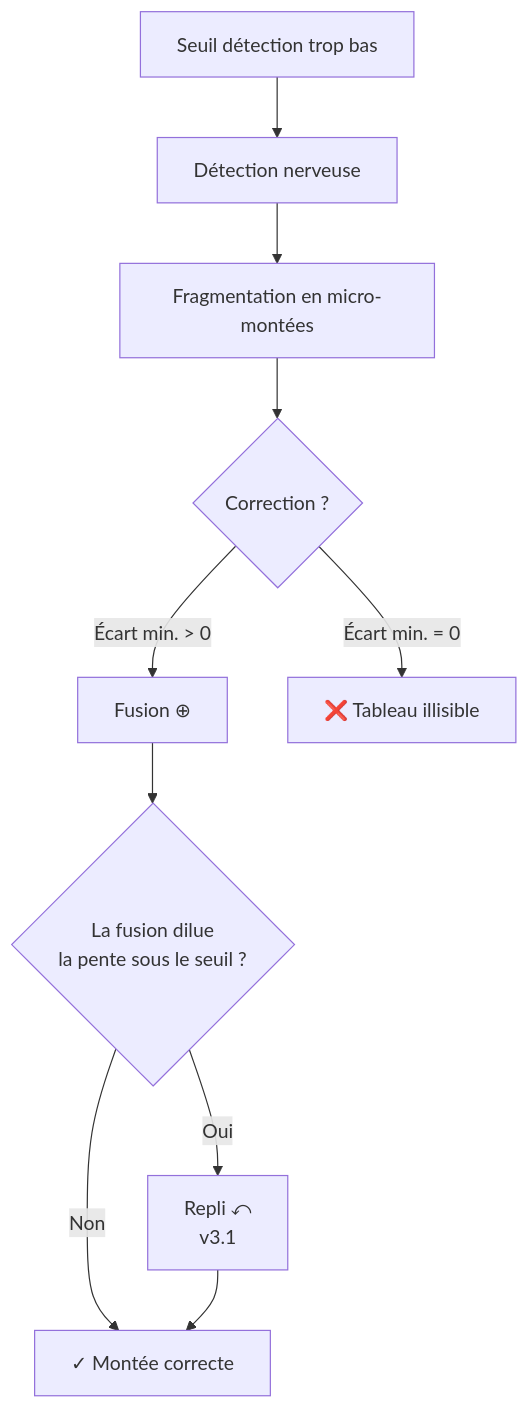
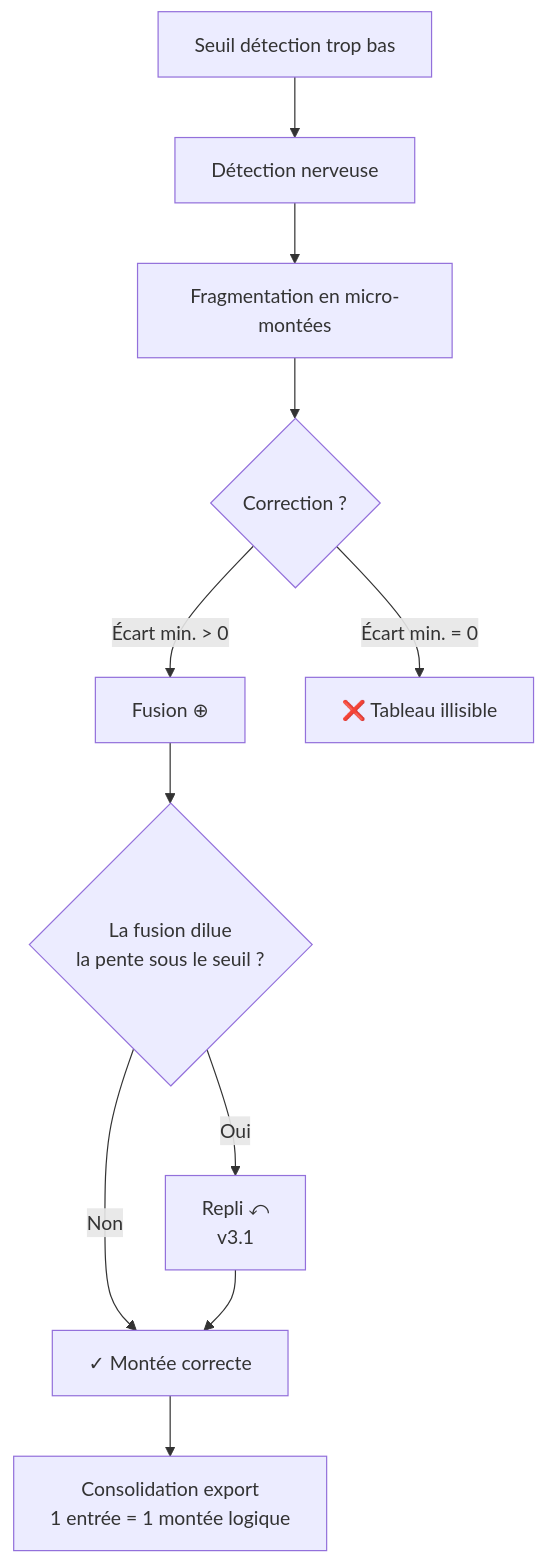
Before and after one commit to JMBaubet/VisuGPS2: diagram 13 of 16 in features/altimetrie/MUT.md, drawn with Mermaid. The commit also changed other lines of this file and 4 other files, not shown here.

````diff
--- a/features/altimetrie/MUT.md
+++ b/features/altimetrie/MUT.md
@@ -1309,12 +1280,13 @@
 ```mermaid
 flowchart TD
     A[Seuil détection trop bas] --> B[Détection nerveuse]
     B --> C[Fragmentation en micro-montées]
     C --> D{Correction ?}
     D -->|Écart min. > 0| E[Fusion ⊕]
     D -->|Écart min. = 0| F[❌ Tableau illisible]
     E --> G{La fusion dilue<br/>la pente sous le seuil ?}
     G -->|Oui| H[Repli ⤺<br/>v3.1]
     G -->|Non| I[✓ Montée correcte]
     H --> I
+    I --> J[Consolidation export<br/>1 entrée = 1 montée logique]
 ```
````
